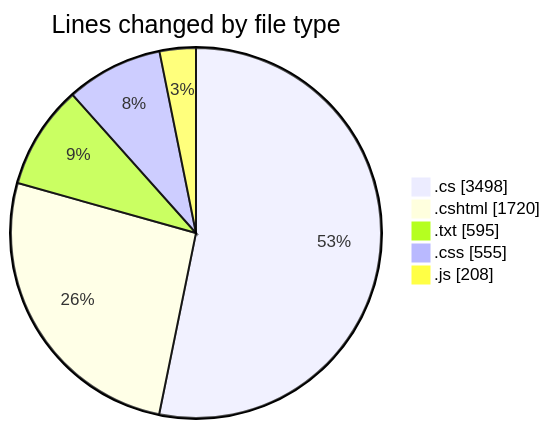
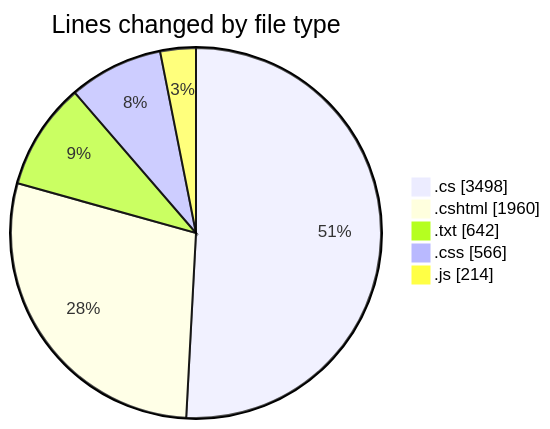
Before and after one commit to lephambinh05/code-tracking: the first of 2 diagrams in 2025-07-28/quanlyrapchieuphim-1/README.md, drawn with Mermaid. The commit also changed other lines of this file and 1 other file, not shown here.

````diff
--- a/2025-07-28/quanlyrapchieuphim-1/README.md
+++ b/2025-07-28/quanlyrapchieuphim-1/README.md
@@ -36,9 +37,9 @@
 ```mermaid
 pie showData
 title Lines changed by file type
 ".cs" : 3498
-".cshtml" : 1720
-".txt" : 595
-".css" : 555
-".js" : 208
+".cshtml" : 1960
+".txt" : 642
+".css" : 566
+".js" : 214
 ```
````
